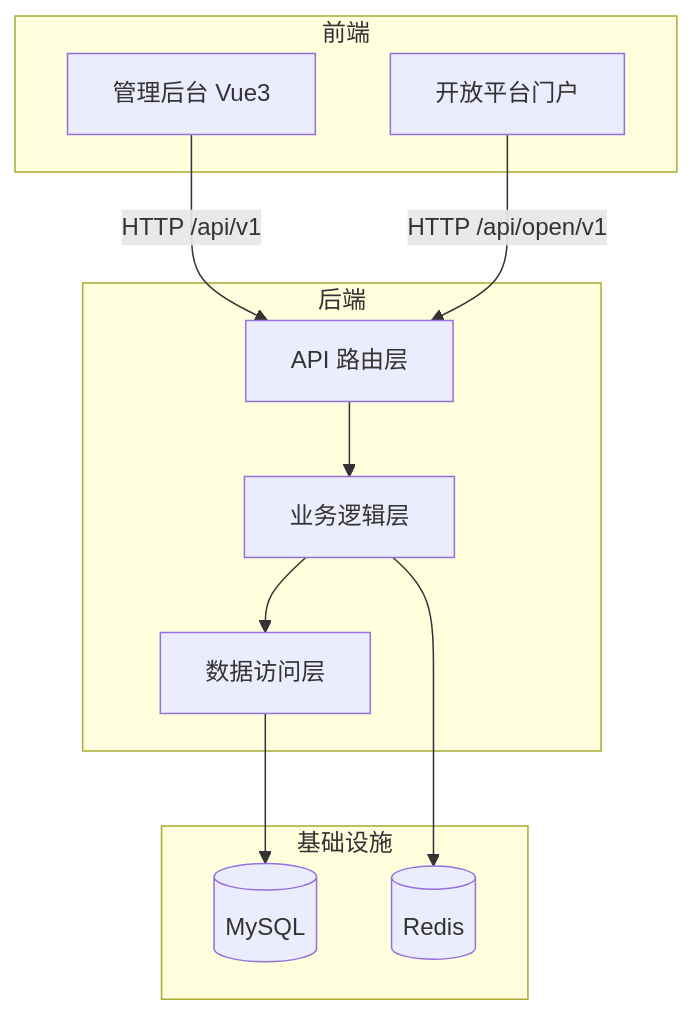
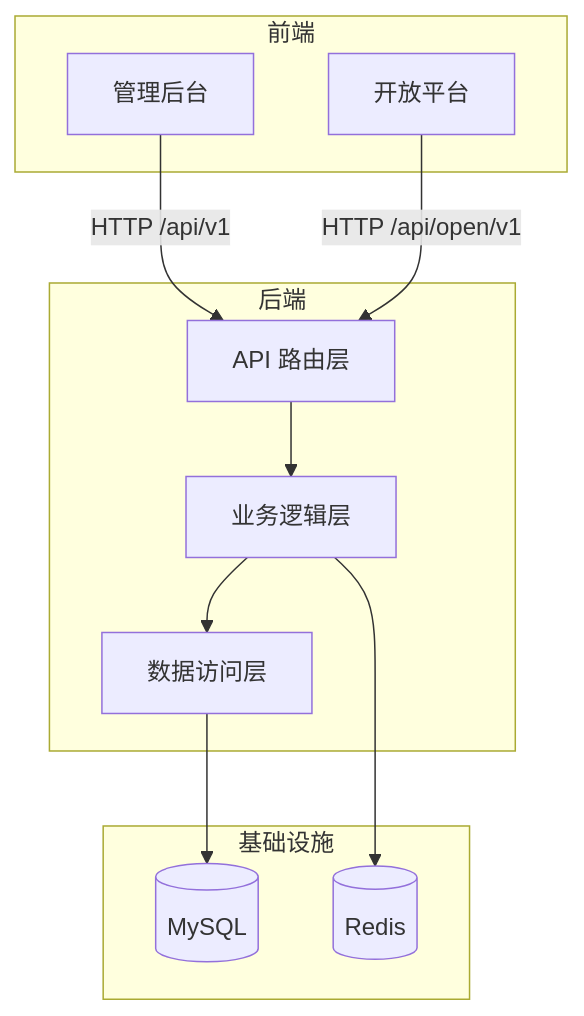
Before and after one commit to cross-lang/x-HanJiang: the first of 3 diagrams in README.md, drawn with Mermaid. The commit also changed other lines of this file and 4 other files, not shown here.

````diff
--- a/README.md
+++ b/README.md
@@ -78,25 +79,25 @@
 ```mermaid
 graph TB
     subgraph 前端
-        A[管理后台 Vue3]
-        B[开放平台门户]
+        A[管理后台]
+        B[开放平台]
     end
 
     subgraph 后端
         C[API 路由层]
         D[业务逻辑层]
         E[数据访问层]
     end
 
     subgraph 基础设施
         F[(MySQL)]
         G[(Redis)]
     end
 
     A -->|HTTP /api/v1| C
     B -->|HTTP /api/open/v1| C
     C --> D
     D --> E
     E --> F
     D --> G
 ```
````
